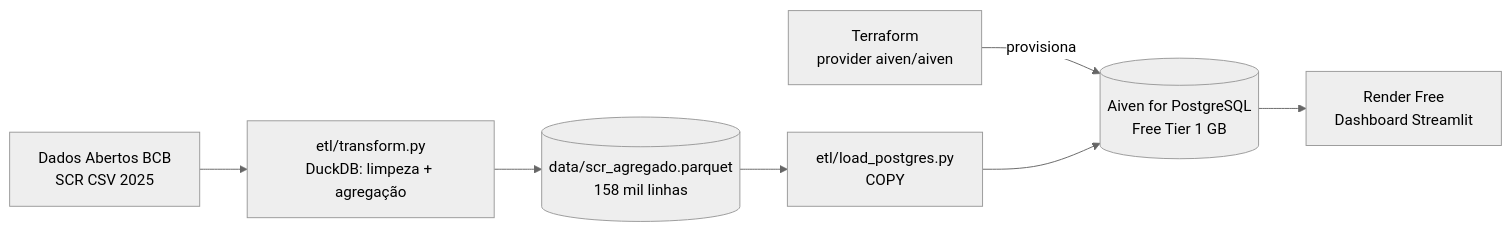
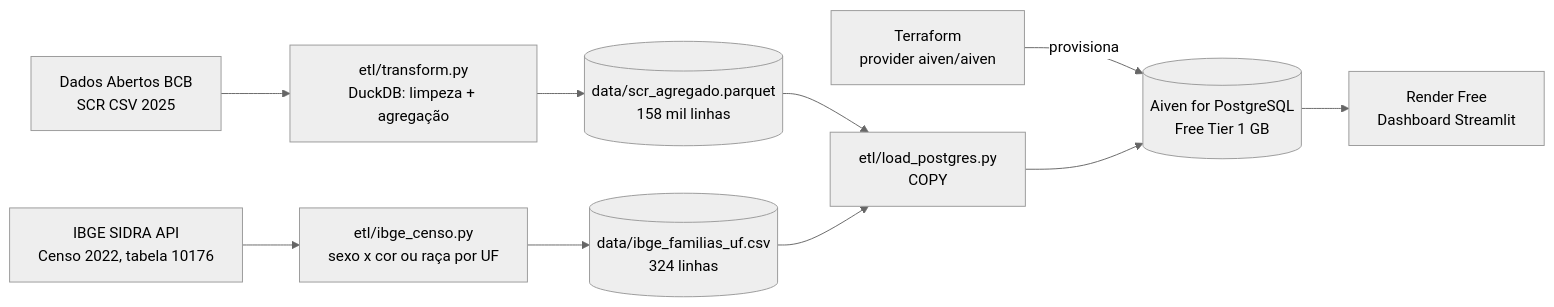
Before and after one commit to Rodrigo-de-carvalho/Trabalho-de-sheila: the diagram in README.md, drawn with Mermaid (neutral theme). The commit also changed other lines of this file, not shown here.

Commit message:
README: fonte IBGE, dicionário, diagrama e roteiro da apresentação

````diff
--- a/README.md
+++ b/README.md
@@ -12,9 +14,12 @@
 ```mermaid
 flowchart LR
   A[Dados Abertos BCB<br/>SCR CSV 2025] --> B[etl/transform.py<br/>DuckDB: limpeza + agregação]
   B --> C[(data/scr_agregado.parquet<br/>158 mil linhas)]
   C --> D[etl/load_postgres.py<br/>COPY]
+  G[IBGE SIDRA API<br/>Censo 2022, tabela 10176] --> H[etl/ibge_censo.py<br/>sexo x cor ou raça por UF]
+  H --> I[(data/ibge_familias_uf.csv<br/>324 linhas)]
+  I --> D
   T[Terraform<br/>provider aiven/aiven] -->|provisiona| E
   D --> E[(Aiven for PostgreSQL<br/>Free Tier 1 GB)]
   E --> F[Render Free<br/>Dashboard Streamlit]
 ```
````
